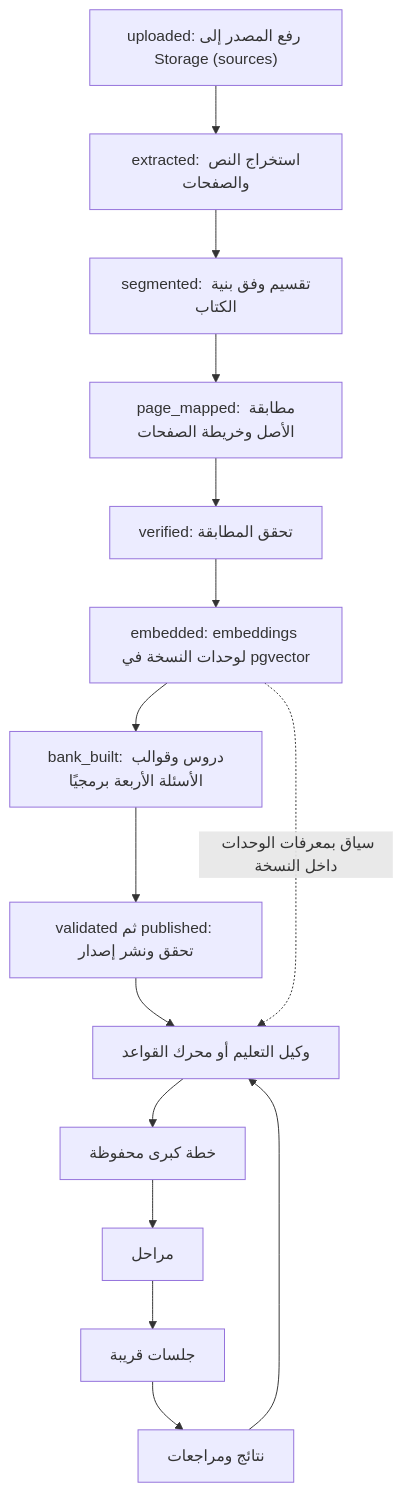
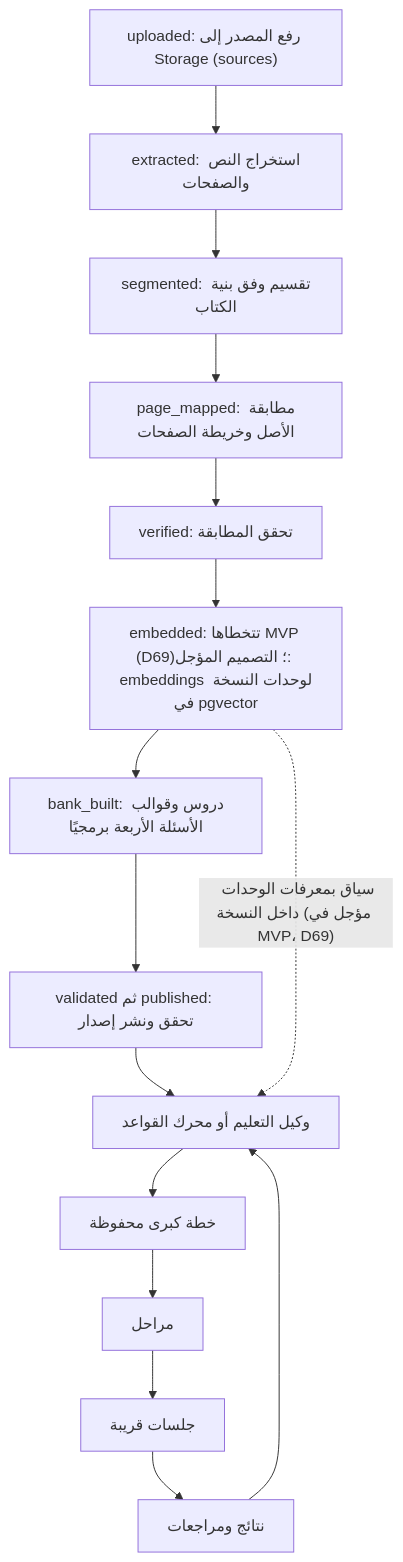
The first of 2 diagrams in docs/Architecture-and-data.md (ibrashdev/qatra-app), drawn with Mermaid before and after one commit. The commit also changed other lines of this file and 11 other files, not shown here.

````diff
--- a/docs/Architecture-and-data.md
+++ b/docs/Architecture-and-data.md
@@ -28,17 +28,17 @@
 ```mermaid
 flowchart TD
     S["uploaded: رفع المصدر إلى Storage (sources)"] --> X["extracted: استخراج النص والصفحات"]
     X --> SG["segmented: تقسيم وفق بنية الكتاب"]
     SG --> PM["page_mapped: مطابقة الأصل وخريطة الصفحات"]
     PM --> VF["verified: تحقق المطابقة"]
-    VF --> EM["embedded: embeddings لوحدات النسخة في pgvector"]
+    VF --> EM["embedded: تتخطاها MVP (D69)؛ التصميم المؤجل: embeddings لوحدات النسخة في pgvector"]
     EM --> B["bank_built: دروس وقوالب الأسئلة الأربعة برمجيًا"]
     B --> VL["validated ثم published: تحقق ونشر إصدار"]
     VL --> P["وكيل التعليم أو محرك القواعد"]
-    EM -.->|"سياق بمعرفات الوحدات داخل النسخة"| P
+    EM -.->|"سياق بمعرفات الوحدات داخل النسخة (مؤجل في MVP، D69)"| P
     P --> M["خطة كبرى محفوظة"]
     M --> G["مراحل"]
     G --> D["جلسات قريبة"]
     D --> E["نتائج ومراجعات"]
     E --> P
 ```
````
